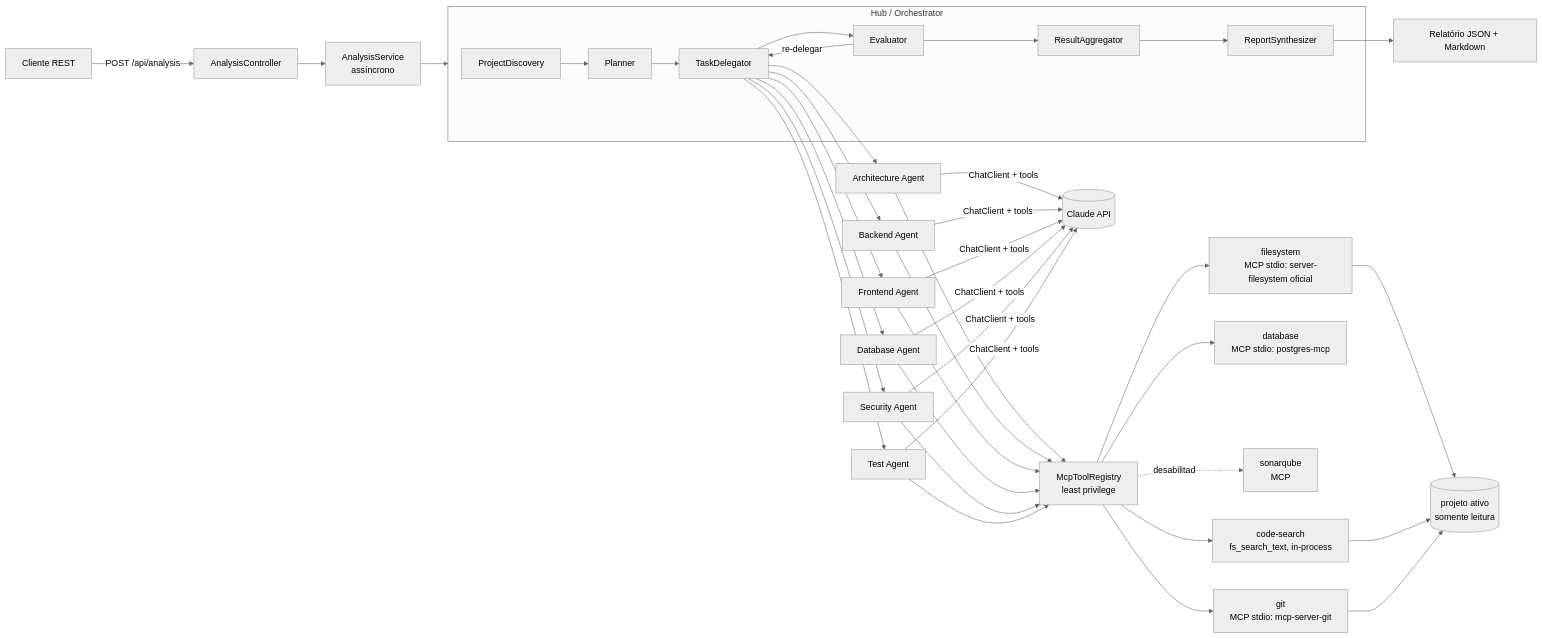
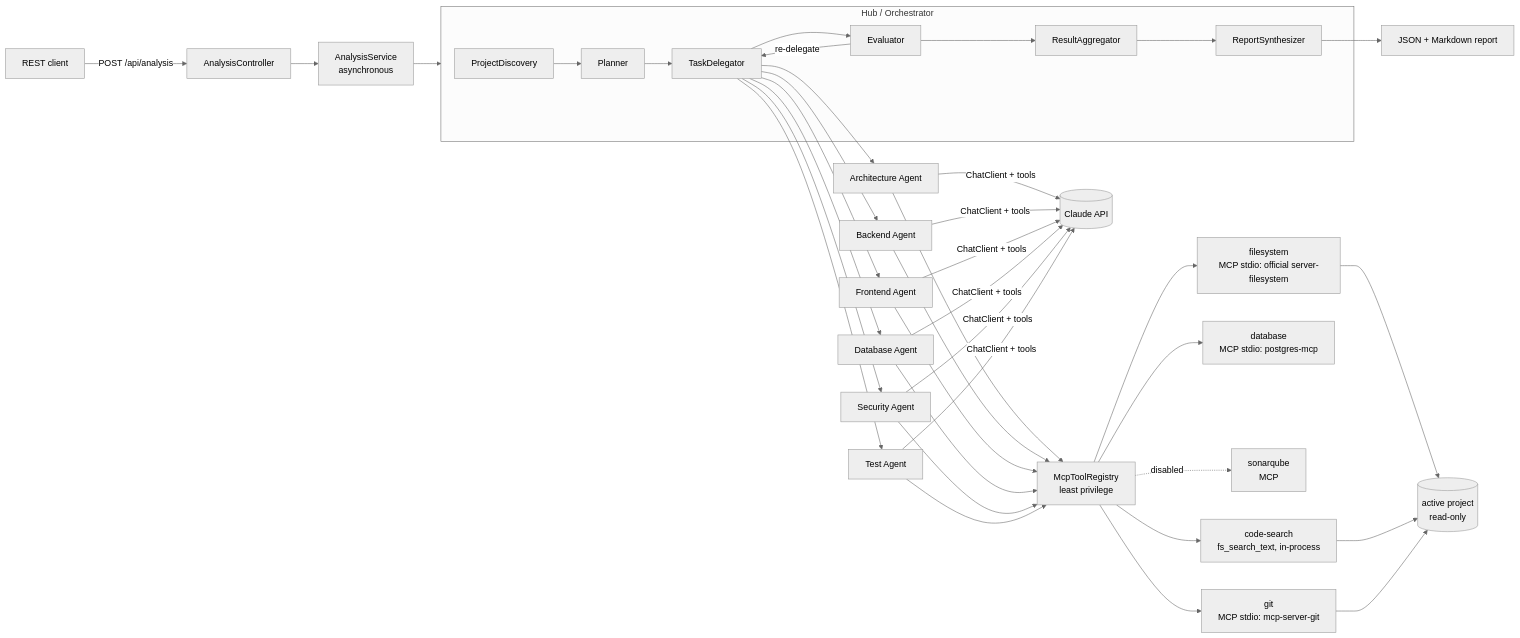
The first of 2 diagrams in README.md (hamdenvogel/agenthub), drawn with Mermaid (neutral theme) before and after one commit. The commit also changed other lines of this file, not shown here.

````diff
--- a/README.md
+++ b/README.md
@@ -24,33 +24,33 @@
 ```mermaid
 flowchart LR
-    U[Cliente REST] -->|POST /api/analysis| API[AnalysisController]
-    API --> SVC[AnalysisService<br/>assíncrono]
+    U[REST client] -->|POST /api/analysis| API[AnalysisController]
+    API --> SVC[AnalysisService<br/>asynchronous]
     SVC --> HUB
 
     subgraph HUB[Hub / Orchestrator]
         D[ProjectDiscovery] --> P[Planner]
         P --> TD[TaskDelegator]
         TD --> EV[Evaluator]
-        EV -->|re-delegar| TD
+        EV -->|re-delegate| TD
         EV --> AG[ResultAggregator]
         AG --> SY[ReportSynthesizer]
     end
 
     TD --> A1[Architecture Agent]
     TD --> A2[Backend Agent]
     TD --> A3[Frontend Agent]
     TD --> A4[Database Agent]
     TD --> A5[Security Agent]
     TD --> A6[Test Agent]
 
     A1 & A2 & A3 & A4 & A5 & A6 -->|ChatClient + tools| C[(Claude API)]
     A1 & A2 & A3 & A4 & A5 & A6 --> REG[McpToolRegistry<br/>least privilege]
-    REG --> FS[filesystem<br/>MCP stdio: server-filesystem oficial]
+    REG --> FS[filesystem<br/>MCP stdio: official server-filesystem]
     REG --> CS[code-search<br/>fs_search_text, in-process]
     REG --> GIT[git<br/>MCP stdio: mcp-server-git]
     REG --> DB[database<br/>MCP stdio: postgres-mcp]
-    REG -.desabilitado.-> SQ[sonarqube<br/>MCP]
-    FS & CS & GIT --> PRJ[(projeto ativo<br/>somente leitura)]
+    REG -.disabled.-> SQ[sonarqube<br/>MCP]
+    FS & CS & GIT --> PRJ[(active project<br/>read-only)]
 
-    SY --> R[Relatório JSON + Markdown]
+    SY --> R[JSON + Markdown report]
 ```
````
